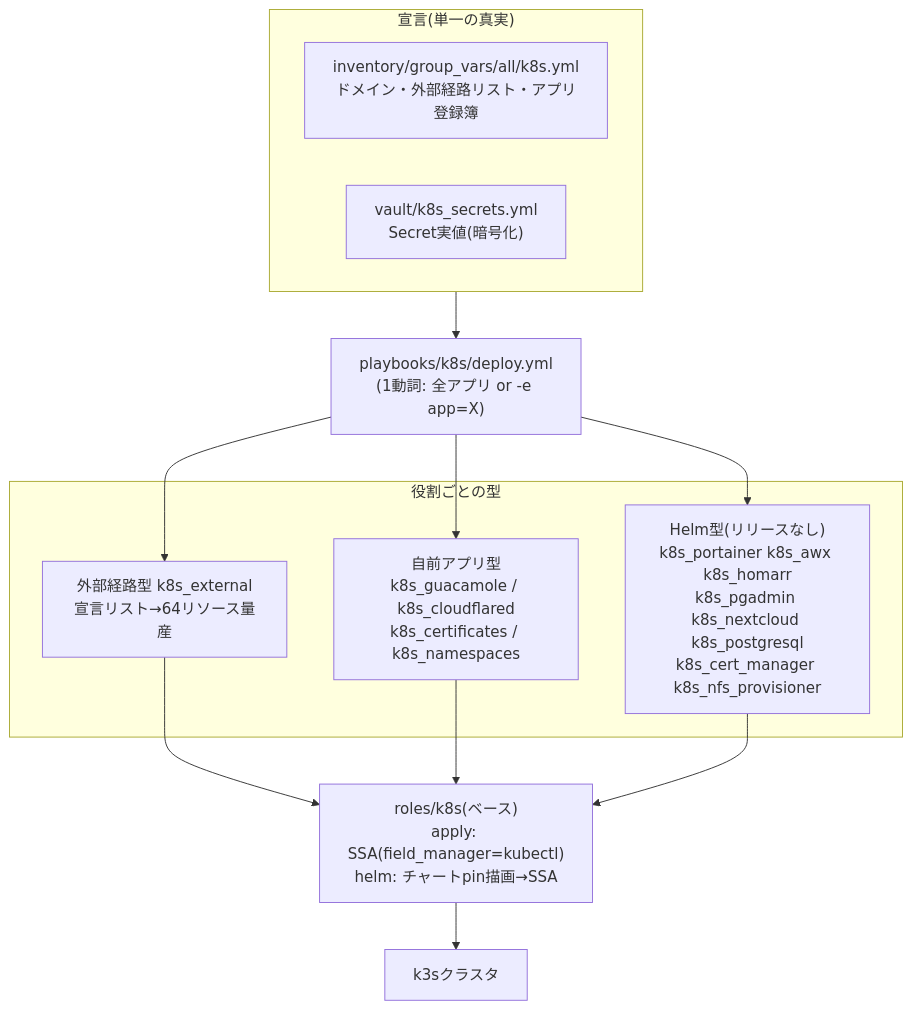
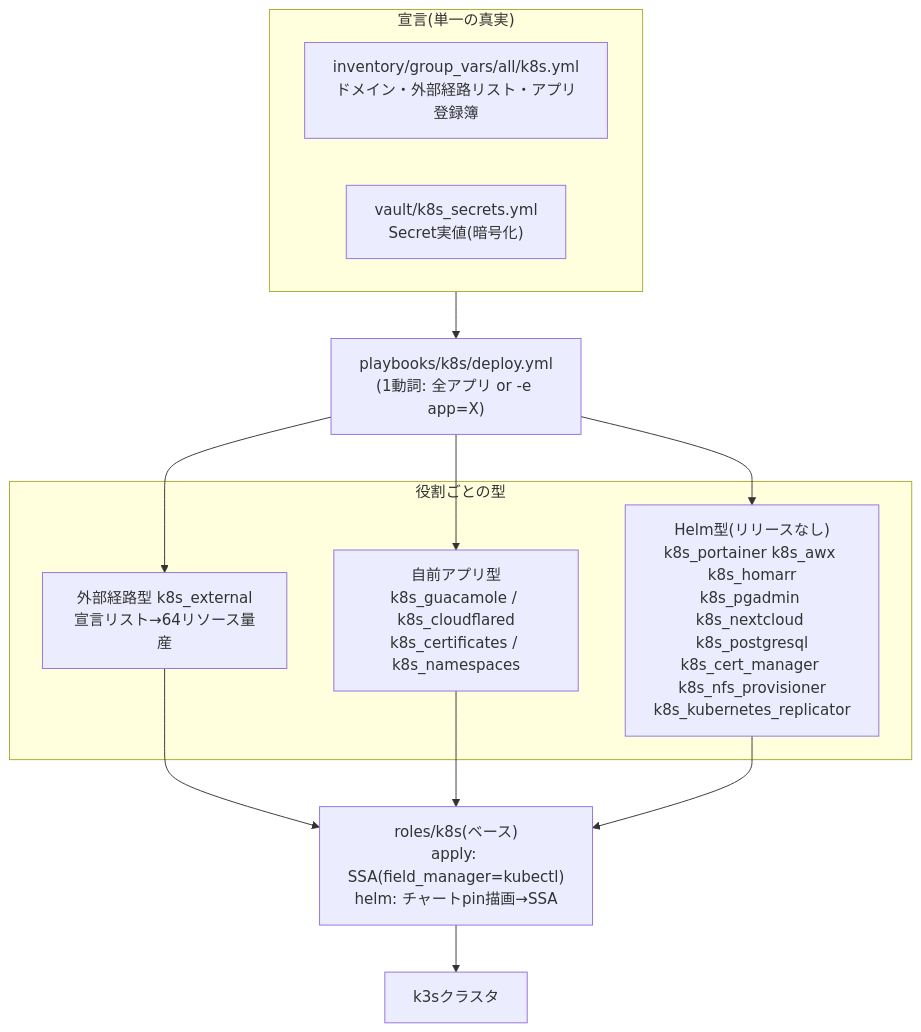
The first of 2 diagrams in docs/k8s.md (CHACCHAN/infrastructure), drawn with Mermaid before and after one commit. The commit also changed other lines of this file and 24 other files, not shown here.

````diff
--- a/docs/k8s.md
+++ b/docs/k8s.md
@@ -7,15 +7,15 @@
 ```mermaid
 flowchart TB
     subgraph 宣言["宣言(単一の真実)"]
         G["inventory/group_vars/all/k8s.yml<br>ドメイン・外部経路リスト・アプリ登録簿"]
         V["vault/k8s_secrets.yml<br>Secret実値(暗号化)"]
     end
     D["playbooks/k8s/deploy.yml<br>(1動詞: 全アプリ or -e app=X)"]
     subgraph 型["役割ごとの型"]
         E["外部経路型 k8s_external<br>宣言リスト→64リソース量産"]
         S["自前アプリ型<br>k8s_guacamole / k8s_cloudflared<br>k8s_certificates / k8s_namespaces"]
-        H["Helm型(リリースなし)<br>k8s_portainer k8s_awx k8s_homarr<br>k8s_pgadmin k8s_nextcloud k8s_postgresql<br>k8s_cert_manager k8s_nfs_provisioner"]
+        H["Helm型(リリースなし)<br>k8s_portainer k8s_awx k8s_homarr<br>k8s_pgadmin k8s_nextcloud k8s_postgresql<br>k8s_cert_manager k8s_nfs_provisioner<br>k8s_kubernetes_replicator"]
     end
     B["roles/k8s(ベース)<br>apply: SSA(field_manager=kubectl)<br>helm: チャートpin描画→SSA"]
     宣言 --> D --> E & S & H --> B --> C["k3sクラスタ"]
 ```
````
